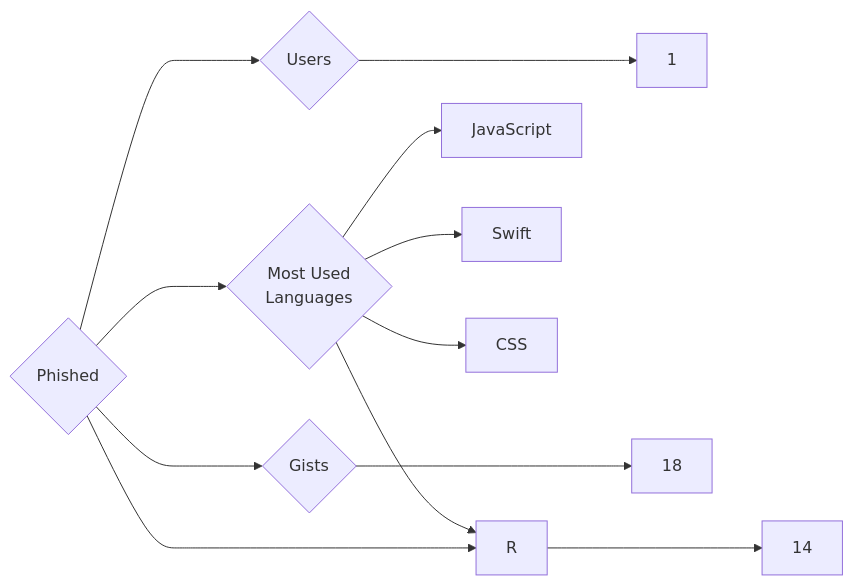
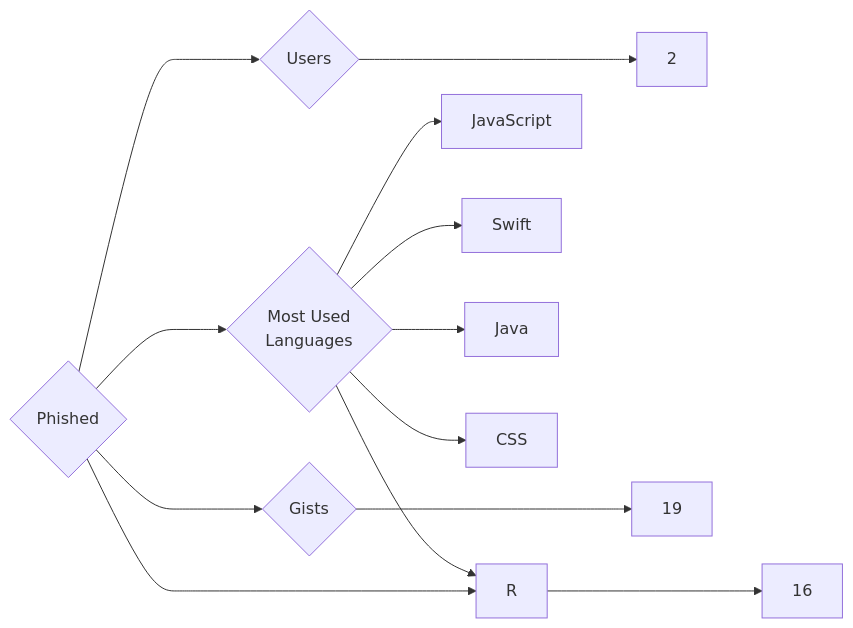
Before and after one commit to trickest/insiders: the diagram in targets/Phished/README.md, drawn with Mermaid. The commit also changed 969 other files, not shown here.

````diff
--- a/targets/Phished/README.md
+++ b/targets/Phished/README.md
@@ -3,12 +3,13 @@
 ```mermaid
 graph LR
 COMPANY_NAME{Phished}
-COMPANY_NAME ---> U{Users} ---> UN[1]
-COMPANY_NAME ---> R{Repositories} ---> RN[14]
-COMPANY_NAME ---> G{Gists} ---> GN[18]
+COMPANY_NAME ---> U{Users} ---> UN[2]
+COMPANY_NAME ---> R{Repositories} ---> RN[16]
+COMPANY_NAME ---> G{Gists} ---> GN[19]
 COMPANY_NAME ---> ML{Most Used<br>Languages}
 ML --> JavaScript[JavaScript]
 ML --> R[R]
 ML --> Swift[Swift]
+ML --> Java[Java]
 ML --> CSS[CSS]
 ```
````
